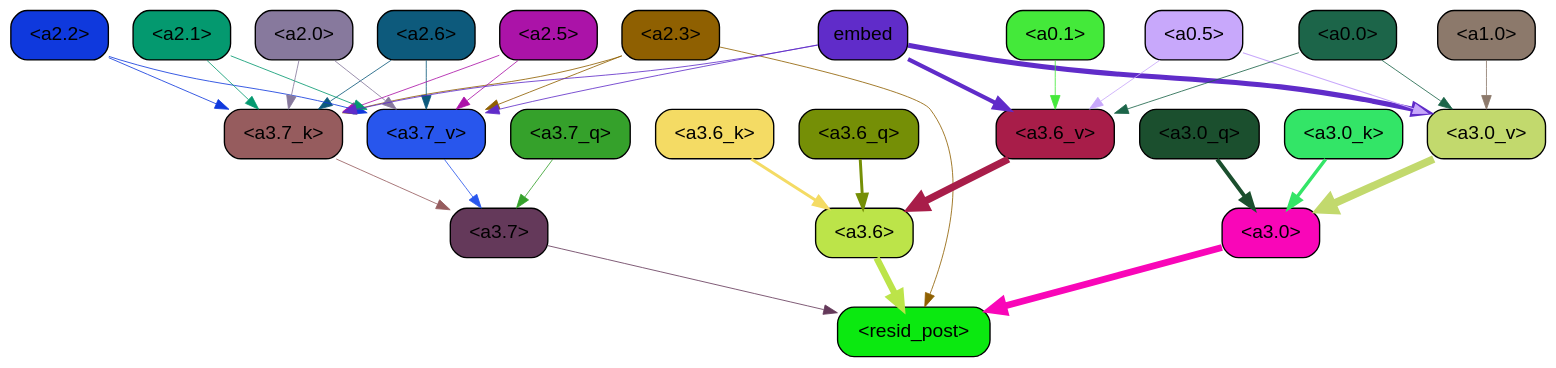
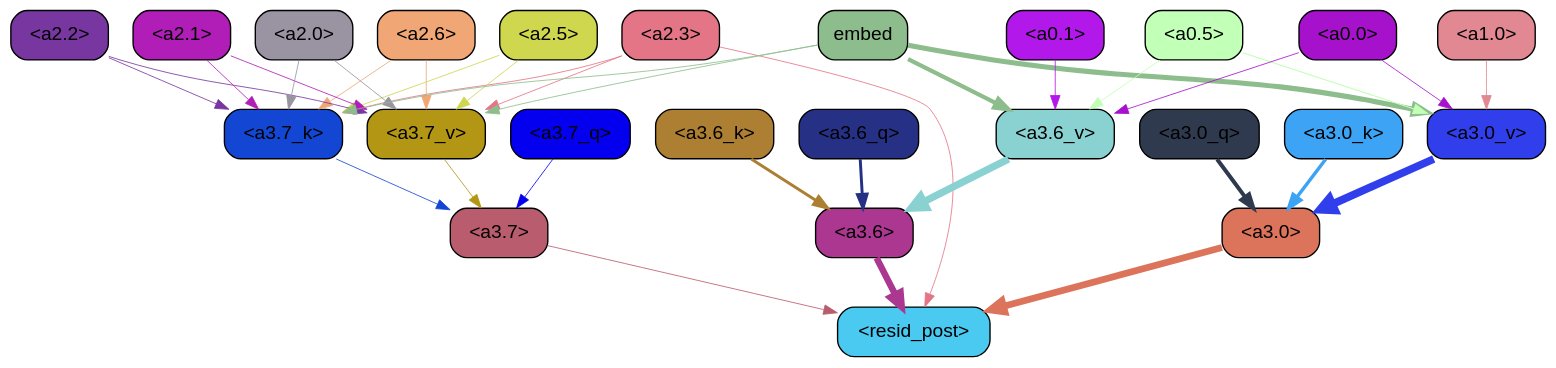
Before and after one commit to Aaquib111/edge-attribution-patching: the diagram in docstring_task/ims/abs_value/thresh0.08_img_17.gv, drawn with Graphviz. The commit also changed 5412 other files, not shown here.

```diff
--- a/docstring_task/ims/abs_value/thresh0.08_img_17.gv
+++ b/docstring_task/ims/abs_value/thresh0.08_img_17.gv
@@ -1,197 +1,197 @@
 strict digraph "" {
 	graph [bgcolor=transparent,
 		layout=dot,
 		overlap=false,
 		splines=true
 	];
 	"<a3.7>"	[color=black,
-		fillcolor="#64395a",
+		fillcolor="#b95c6d",
 		fontname=Helvetica,
 		shape=box,
 		style="filled, rounded"];
 	"<resid_post>"	[color=black,
-		fillcolor="#0be910",
+		fillcolor="#4acaf1",
 		fontname=Helvetica,
 		shape=box,
 		style="filled, rounded"];
-	"<a3.7>" -> "<resid_post>"	[color="#64395a",
+	"<a3.7>" -> "<resid_post>"	[color="#b95c6d",
 		penwidth=0.6];
 	"<a3.6>"	[color=black,
-		fillcolor="#bce449",
+		fillcolor="#ab3790",
 		fontname=Helvetica,
 		shape=box,
 		style="filled, rounded"];
-	"<a3.6>" -> "<resid_post>"	[color="#bce449",
+	"<a3.6>" -> "<resid_post>"	[color="#ab3790",
 		penwidth=4.7534414529800415];
 	"<a3.0>"	[color=black,
-		fillcolor="#f906b8",
+		fillcolor="#dc735b",
 		fontname=Helvetica,
 		shape=box,
 		style="filled, rounded"];
-	"<a3.0>" -> "<resid_post>"	[color="#f906b8",
+	"<a3.0>" -> "<resid_post>"	[color="#dc735b",
 		penwidth=4.898576855659485];
 	"<a2.3>"	[color=black,
-		fillcolor="#8f6001",
+		fillcolor="#e47586",
 		fontname=Helvetica,
 		shape=box,
 		style="filled, rounded"];
-	"<a2.3>" -> "<resid_post>"	[color="#8f6001",
+	"<a2.3>" -> "<resid_post>"	[color="#e47586",
 		penwidth=0.6];
 	"<a3.7_k>"	[color=black,
-		fillcolor="#965c5e",
+		fillcolor="#1347d3",
 		fontname=Helvetica,
 		shape=box,
 		style="filled, rounded"];
-	"<a2.3>" -> "<a3.7_k>"	[color="#8f6001",
+	"<a2.3>" -> "<a3.7_k>"	[color="#e47586",
 		penwidth=0.6];
 	"<a3.7_v>"	[color=black,
-		fillcolor="#2856ed",
+		fillcolor="#b39714",
 		fontname=Helvetica,
 		shape=box,
 		style="filled, rounded"];
-	"<a2.3>" -> "<a3.7_v>"	[color="#8f6001",
+	"<a2.3>" -> "<a3.7_v>"	[color="#e47586",
 		penwidth=0.6];
 	"<a3.7_q>"	[color=black,
-		fillcolor="#35a12b",
+		fillcolor="#0400ef",
 		fontname=Helvetica,
 		shape=box,
 		style="filled, rounded"];
-	"<a3.7_q>" -> "<a3.7>"	[color="#35a12b",
+	"<a3.7_q>" -> "<a3.7>"	[color="#0400ef",
 		penwidth=0.6];
 	"<a3.6_q>"	[color=black,
-		fillcolor="#758f06",
+		fillcolor="#263186",
 		fontname=Helvetica,
 		shape=box,
 		style="filled, rounded"];
-	"<a3.6_q>" -> "<a3.6>"	[color="#758f06",
+	"<a3.6_q>" -> "<a3.6>"	[color="#263186",
 		penwidth=2.160832464694977];
 	"<a3.0_q>"	[color=black,
-		fillcolor="#1b4f2e",
+		fillcolor="#2f3a4e",
 		fontname=Helvetica,
 		shape=box,
 		style="filled, rounded"];
-	"<a3.0_q>" -> "<a3.0>"	[color="#1b4f2e",
+	"<a3.0_q>" -> "<a3.0>"	[color="#2f3a4e",
 		penwidth=2.870753765106201];
-	"<a3.7_k>" -> "<a3.7>"	[color="#965c5e",
+	"<a3.7_k>" -> "<a3.7>"	[color="#1347d3",
 		penwidth=0.6];
 	"<a3.6_k>"	[color=black,
-		fillcolor="#f4db64",
+		fillcolor="#ac7f33",
 		fontname=Helvetica,
 		shape=box,
 		style="filled, rounded"];
-	"<a3.6_k>" -> "<a3.6>"	[color="#f4db64",
+	"<a3.6_k>" -> "<a3.6>"	[color="#ac7f33",
 		penwidth=2.13908451795578];
 	"<a3.0_k>"	[color=black,
-		fillcolor="#33e567",
+		fillcolor="#3da3f5",
 		fontname=Helvetica,
 		shape=box,
 		style="filled, rounded"];
-	"<a3.0_k>" -> "<a3.0>"	[color="#33e567",
+	"<a3.0_k>" -> "<a3.0>"	[color="#3da3f5",
 		penwidth=2.520303964614868];
-	"<a3.7_v>" -> "<a3.7>"	[color="#2856ed",
+	"<a3.7_v>" -> "<a3.7>"	[color="#b39714",
 		penwidth=0.6];
 	"<a3.6_v>"	[color=black,
-		fillcolor="#a81d49",
+		fillcolor="#8ad1d1",
 		fontname=Helvetica,
 		shape=box,
 		style="filled, rounded"];
-	"<a3.6_v>" -> "<a3.6>"	[color="#a81d49",
+	"<a3.6_v>" -> "<a3.6>"	[color="#8ad1d1",
 		penwidth=5.297133803367615];
 	"<a3.0_v>"	[color=black,
-		fillcolor="#c2d96d",
+		fillcolor="#303feb",
 		fontname=Helvetica,
 		shape=box,
 		style="filled, rounded"];
-	"<a3.0_v>" -> "<a3.0>"	[color="#c2d96d",
+	"<a3.0_v>" -> "<a3.0>"	[color="#303feb",
 		penwidth=5.680712580680847];
 	"<a2.6>"	[color=black,
-		fillcolor="#0d5a7c",
+		fillcolor="#f0a675",
 		fontname=Helvetica,
 		shape=box,
 		style="filled, rounded"];
-	"<a2.6>" -> "<a3.7_k>"	[color="#0d5a7c",
+	"<a2.6>" -> "<a3.7_k>"	[color="#f0a675",
 		penwidth=0.6];
-	"<a2.6>" -> "<a3.7_v>"	[color="#0d5a7c",
+	"<a2.6>" -> "<a3.7_v>"	[color="#f0a675",
 		penwidth=0.6];
 	"<a2.5>"	[color=black,
-		fillcolor="#ab13a8",
+		fillcolor="#ced74e",
 		fontname=Helvetica,
 		shape=box,
 		style="filled, rounded"];
-	"<a2.5>" -> "<a3.7_k>"	[color="#ab13a8",
+	"<a2.5>" -> "<a3.7_k>"	[color="#ced74e",
 		penwidth=0.6];
-	"<a2.5>" -> "<a3.7_v>"	[color="#ab13a8",
+	"<a2.5>" -> "<a3.7_v>"	[color="#ced74e",
 		penwidth=0.6];
 	"<a2.2>"	[color=black,
-		fillcolor="#0f39dd",
+		fillcolor="#7736a0",
 		fontname=Helvetica,
 		shape=box,
 		style="filled, rounded"];
-	"<a2.2>" -> "<a3.7_k>"	[color="#0f39dd",
+	"<a2.2>" -> "<a3.7_k>"	[color="#7736a0",
 		penwidth=0.6];
-	"<a2.2>" -> "<a3.7_v>"	[color="#0f39dd",
+	"<a2.2>" -> "<a3.7_v>"	[color="#7736a0",
 		penwidth=0.6];
 	"<a2.1>"	[color=black,
-		fillcolor="#04996f",
+		fillcolor="#b11db7",
 		fontname=Helvetica,
 		shape=box,
 		style="filled, rounded"];
-	"<a2.1>" -> "<a3.7_k>"	[color="#04996f",
+	"<a2.1>" -> "<a3.7_k>"	[color="#b11db7",
 		penwidth=0.6];
-	"<a2.1>" -> "<a3.7_v>"	[color="#04996f",
+	"<a2.1>" -> "<a3.7_v>"	[color="#b11db7",
 		penwidth=0.6];
 	"<a2.0>"	[color=black,
-		fillcolor="#87799d",
+		fillcolor="#9993a2",
 		fontname=Helvetica,
 		shape=box,
 		style="filled, rounded"];
-	"<a2.0>" -> "<a3.7_k>"	[color="#87799d",
+	"<a2.0>" -> "<a3.7_k>"	[color="#9993a2",
 		penwidth=0.6];
-	"<a2.0>" -> "<a3.7_v>"	[color="#87799d",
+	"<a2.0>" -> "<a3.7_v>"	[color="#9993a2",
 		penwidth=0.6];
 	embed	[color=black,
-		fillcolor="#602cc9",
+		fillcolor="#8dbd8c",
 		fontname=Helvetica,
 		shape=box,
 		style="filled, rounded"];
-	embed -> "<a3.7_k>"	[color="#602cc9",
+	embed -> "<a3.7_k>"	[color="#8dbd8c",
 		penwidth=0.6];
-	embed -> "<a3.7_v>"	[color="#602cc9",
+	embed -> "<a3.7_v>"	[color="#8dbd8c",
 		penwidth=0.6];
-	embed -> "<a3.6_v>"	[color="#602cc9",
+	embed -> "<a3.6_v>"	[color="#8dbd8c",
 		penwidth=3.067279100418091];
-	embed -> "<a3.0_v>"	[color="#602cc9",
+	embed -> "<a3.0_v>"	[color="#8dbd8c",
 		penwidth=3.6927278637886047];
 	"<a0.5>"	[color=black,
-		fillcolor="#c8a8fb",
+		fillcolor="#c2ffb7",
 		fontname=Helvetica,
 		shape=box,
 		style="filled, rounded"];
-	"<a0.5>" -> "<a3.6_v>"	[color="#c8a8fb",
+	"<a0.5>" -> "<a3.6_v>"	[color="#c2ffb7",
 		penwidth=0.6];
-	"<a0.5>" -> "<a3.0_v>"	[color="#c8a8fb",
+	"<a0.5>" -> "<a3.0_v>"	[color="#c2ffb7",
 		penwidth=0.8028683364391327];
 	"<a0.1>"	[color=black,
-		fillcolor="#44e93a",
+		fillcolor="#b318ea",
 		fontname=Helvetica,
 		shape=box,
 		style="filled, rounded"];
-	"<a0.1>" -> "<a3.6_v>"	[color="#44e93a",
+	"<a0.1>" -> "<a3.6_v>"	[color="#b318ea",
 		penwidth=0.6];
 	"<a0.0>"	[color=black,
-		fillcolor="#1c6549",
+		fillcolor="#a611cc",
 		fontname=Helvetica,
 		shape=box,
 		style="filled, rounded"];
-	"<a0.0>" -> "<a3.6_v>"	[color="#1c6549",
+	"<a0.0>" -> "<a3.6_v>"	[color="#a611cc",
 		penwidth=0.6];
-	"<a0.0>" -> "<a3.0_v>"	[color="#1c6549",
+	"<a0.0>" -> "<a3.0_v>"	[color="#a611cc",
 		penwidth=0.6];
 	"<a1.0>"	[color=black,
-		fillcolor="#8c796b",
+		fillcolor="#e18893",
 		fontname=Helvetica,
 		shape=box,
 		style="filled, rounded"];
-	"<a1.0>" -> "<a3.0_v>"	[color="#8c796b",
+	"<a1.0>" -> "<a3.0_v>"	[color="#e18893",
 		penwidth=0.6];
 }
```
